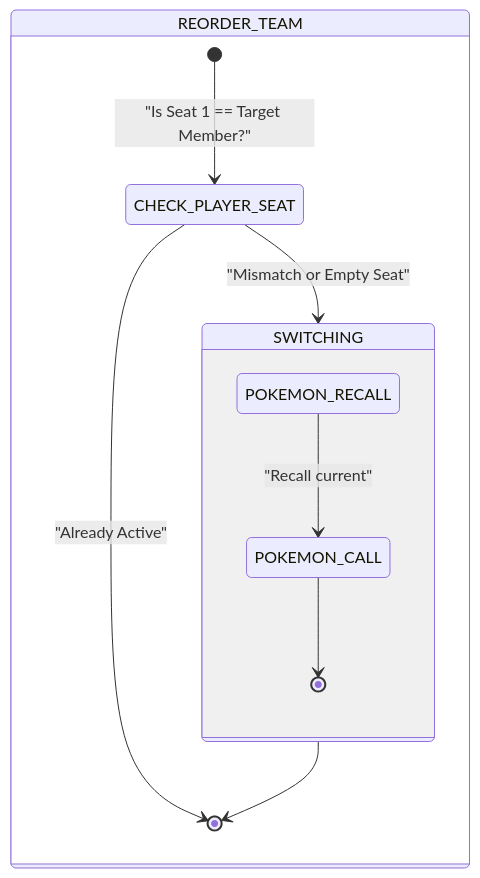
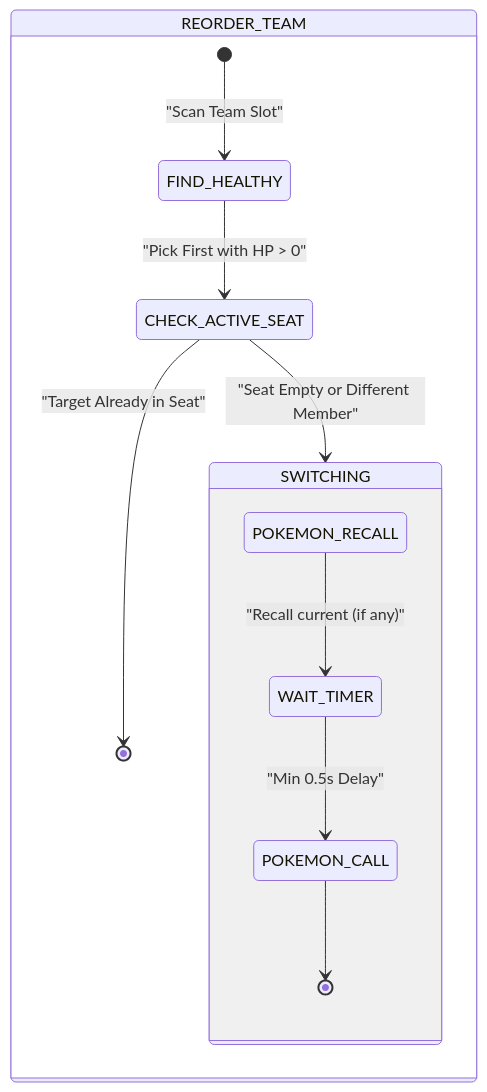
Diagram 13 of 18 in .agents/skills/project-standards/references/battle/battle_mechanics_manual.md (Darkham77/PokeBorrador), drawn with Mermaid before and after one commit. The commit also changed other lines of this file and 20 other files, not shown here.

````diff
--- a/.agents/skills/project-standards/references/battle/battle_mechanics_manual.md
+++ b/.agents/skills/project-standards/references/battle/battle_mechanics_manual.md
@@ -721,17 +701,17 @@
 ```mermaid
 stateDiagram-v2
     state REORDER_TEAM {
-        [*] --> CHECK_PLAYER_SEAT : "Is Seat 1 == Target Member?"
+        [*] --> FIND_HEALTHY : "Scan Team Slot"
+        FIND_HEALTHY --> CHECK_ACTIVE_SEAT : "Pick First with HP > 0"
         
-        state CHECK_PLAYER_SEAT <<choice>>
-        CHECK_PLAYER_SEAT --> [*] : "Already Active"
-        CHECK_PLAYER_SEAT --> SWITCHING : "Mismatch or Empty Seat"
+        state CHECK_ACTIVE_SEAT <<choice>>
+        CHECK_ACTIVE_SEAT --> [*] : "Target Already in Seat"
+        CHECK_ACTIVE_SEAT --> SWITCHING : "Seat Empty or Different Member"
         
         state SWITCHING {
-            POKEMON_RECALL --> POKEMON_CALL : "Recall current"
+            POKEMON_RECALL --> WAIT_TIMER : "Recall current (if any)"
+            WAIT_TIMER --> POKEMON_CALL : "Min 0.5s Delay"
             POKEMON_CALL --> [*]
         }
-        
-        SWITCHING --> [*]
     }
 ```
````
